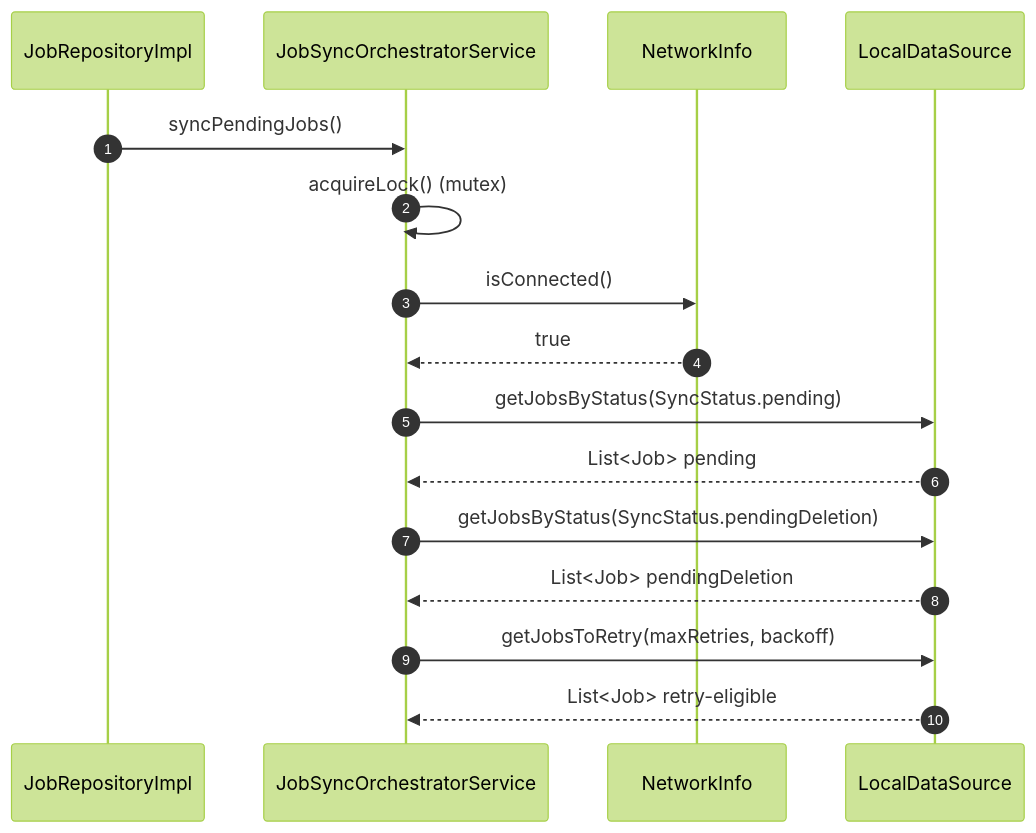
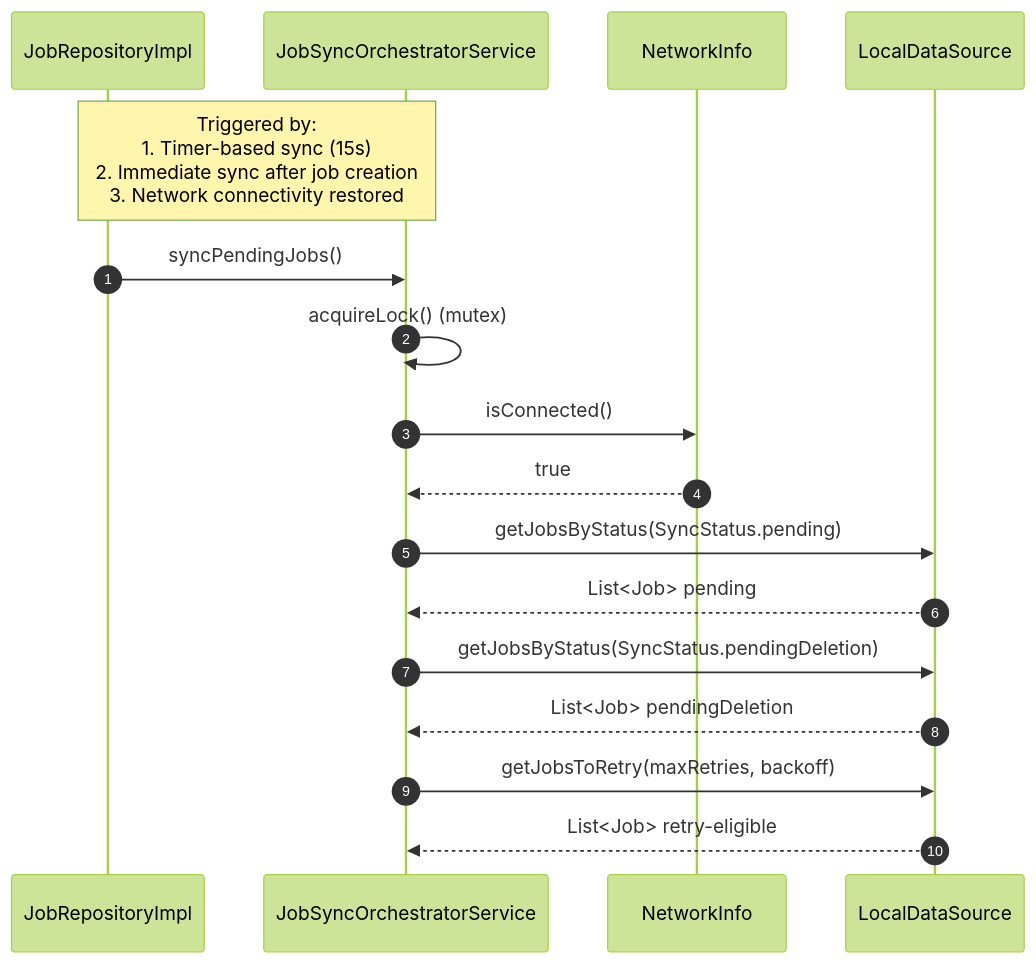
The fifth of 9 diagrams in docs/current/feature-job-dataflow.md (MediScribe/docjet-mobile), drawn with Mermaid (forest theme) before and after one commit. The commit also changed other lines of this file and 9 other files, not shown here.

First line of the commit message:
Implement immediate job sync on creation

````diff
--- a/docs/current/feature-job-dataflow.md
+++ b/docs/current/feature-job-dataflow.md
@@ -842,22 +879,24 @@
 ```mermaid
 sequenceDiagram
     autonumber
     participant JobRepo as JobRepositoryImpl
     participant Orchestrator as JobSyncOrchestratorService
     participant Network as NetworkInfo
     participant LocalDS as LocalDataSource
+    
+    Note over JobRepo, Orchestrator: Triggered by:<br/>1. Timer-based sync (15s)<br/>2. Immediate sync after job creation<br/>3. Network connectivity restored
     
     JobRepo->>Orchestrator: syncPendingJobs()
     Orchestrator->>Orchestrator: acquireLock() (mutex)
     Orchestrator->>Network: isConnected()
     Network-->>Orchestrator: true
     
     Orchestrator->>LocalDS: getJobsByStatus(SyncStatus.pending)
     LocalDS-->>Orchestrator: List<Job> pending
     
     Orchestrator->>LocalDS: getJobsByStatus(SyncStatus.pendingDeletion)
     LocalDS-->>Orchestrator: List<Job> pendingDeletion
     
     Orchestrator->>LocalDS: getJobsToRetry(maxRetries, backoff)
     LocalDS-->>Orchestrator: List<Job> retry-eligible
 ```
````
